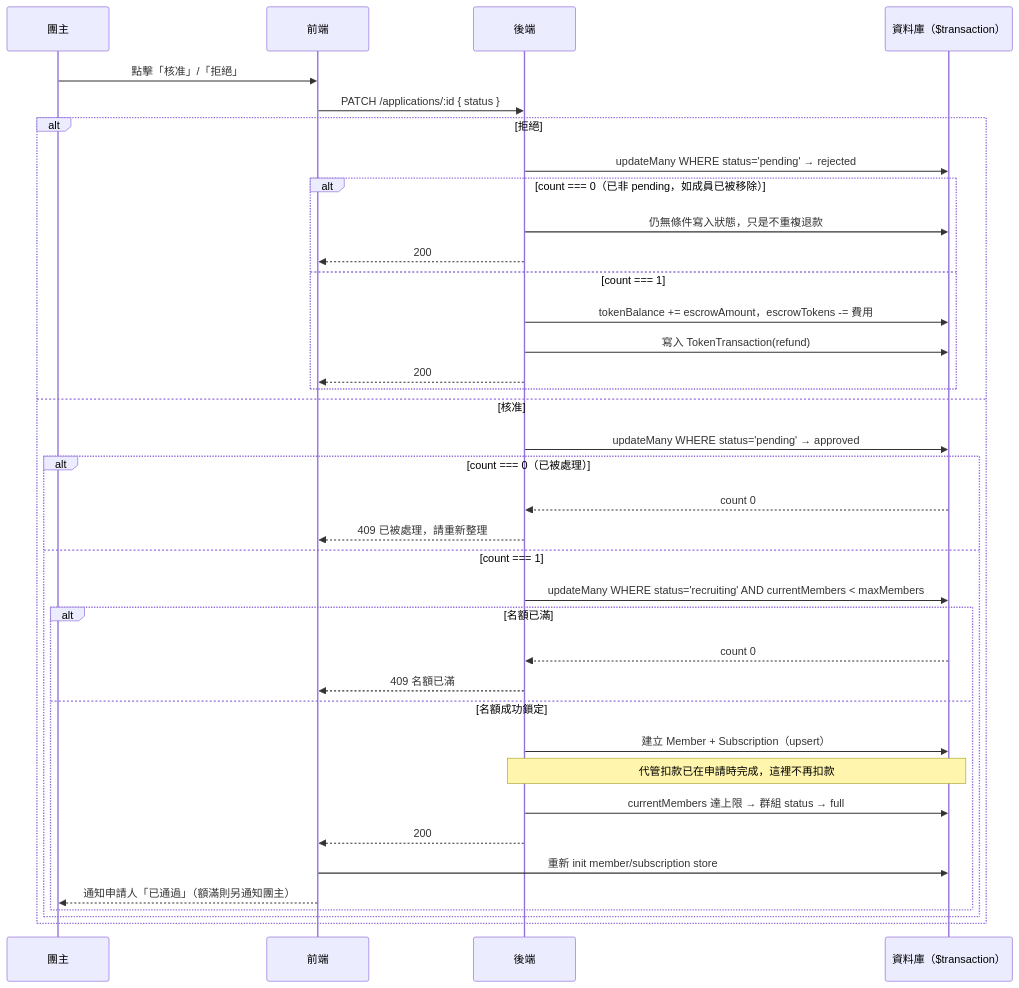
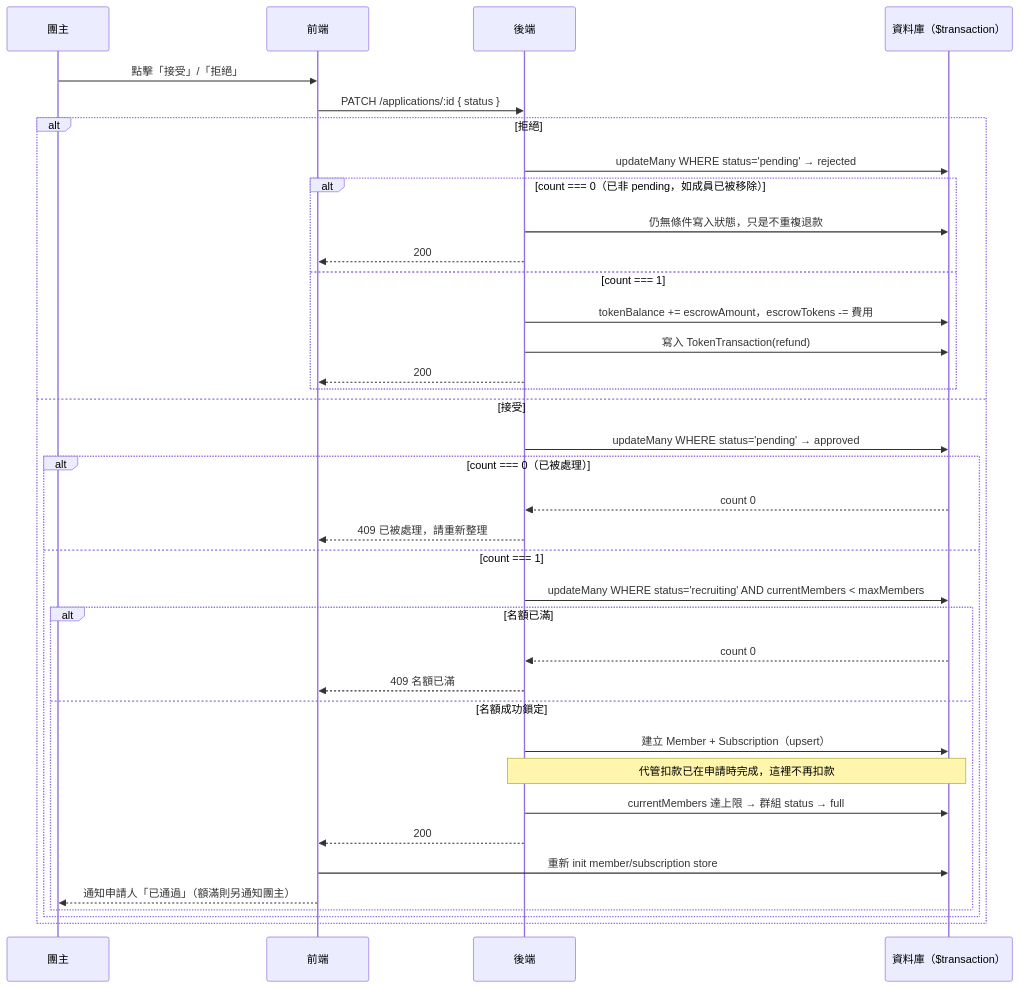
Before and after one commit to s1092055/PartyMatch: the diagram in docs/flows/approval-flow.md, drawn with Mermaid. The commit also changed other lines of this file and 63 other files, not shown here.

````diff
--- a/docs/flows/approval-flow.md
+++ b/docs/flows/approval-flow.md
@@ -8,41 +8,41 @@
 ```mermaid
 sequenceDiagram
     participant H as 團主
     participant FE as 前端
     participant BE as 後端
     participant DB as 資料庫（$transaction）
 
-    H->>FE: 點擊「核准」/「拒絕」
+    H->>FE: 點擊「接受」/「拒絕」
     FE->>BE: PATCH /applications/:id { status }
 
     alt 拒絕
         BE->>DB: updateMany WHERE status='pending' → rejected
         alt count === 0（已非 pending，如成員已被移除）
             BE->>DB: 仍無條件寫入狀態，只是不重複退款
             BE-->>FE: 200
         else count === 1
             BE->>DB: tokenBalance += escrowAmount，escrowTokens -= 費用
             BE->>DB: 寫入 TokenTransaction(refund)
             BE-->>FE: 200
         end
-    else 核准
+    else 接受
         BE->>DB: updateMany WHERE status='pending' → approved
         alt count === 0（已被處理）
             DB-->>BE: count 0
             BE-->>FE: 409 已被處理，請重新整理
         else count === 1
             BE->>DB: updateMany WHERE status='recruiting' AND currentMembers < maxMembers
             alt 名額已滿
                 DB-->>BE: count 0
                 BE-->>FE: 409 名額已滿
             else 名額成功鎖定
                 BE->>DB: 建立 Member + Subscription（upsert）
                 Note over BE,DB: 代管扣款已在申請時完成，這裡不再扣款
                 BE->>DB: currentMembers 達上限 → 群組 status → full
                 BE-->>FE: 200
                 FE->>DB: 重新 init member/subscription store
                 FE-->>H: 通知申請人「已通過」（額滿則另通知團主）
             end
         end
     end
 ```
````
